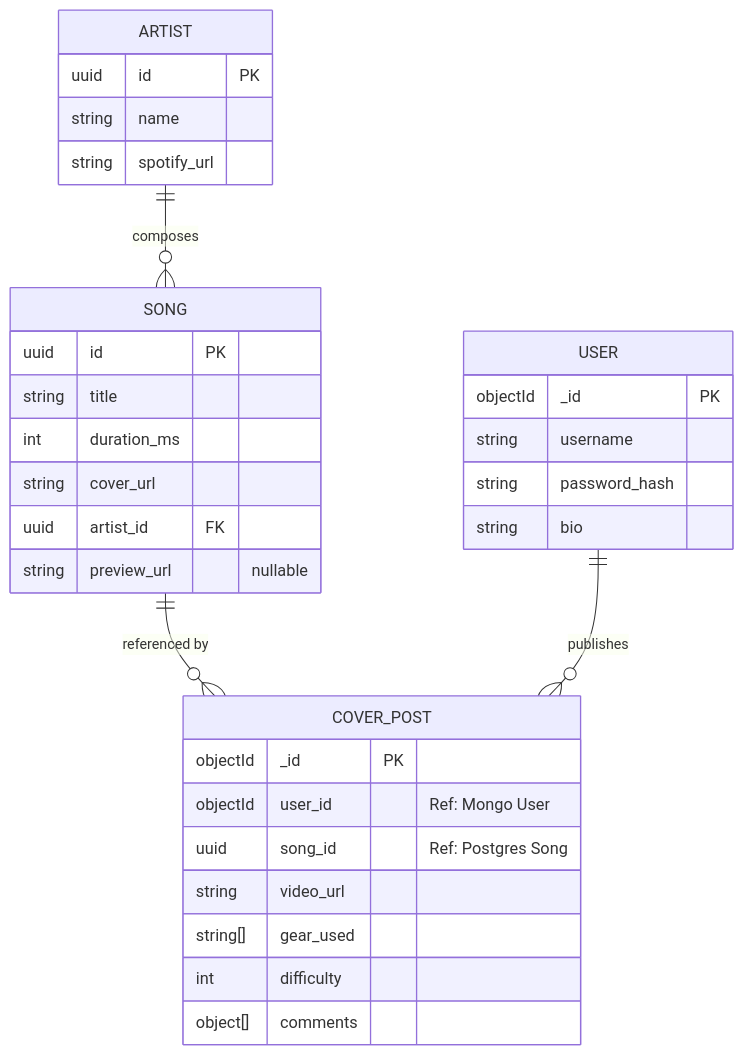
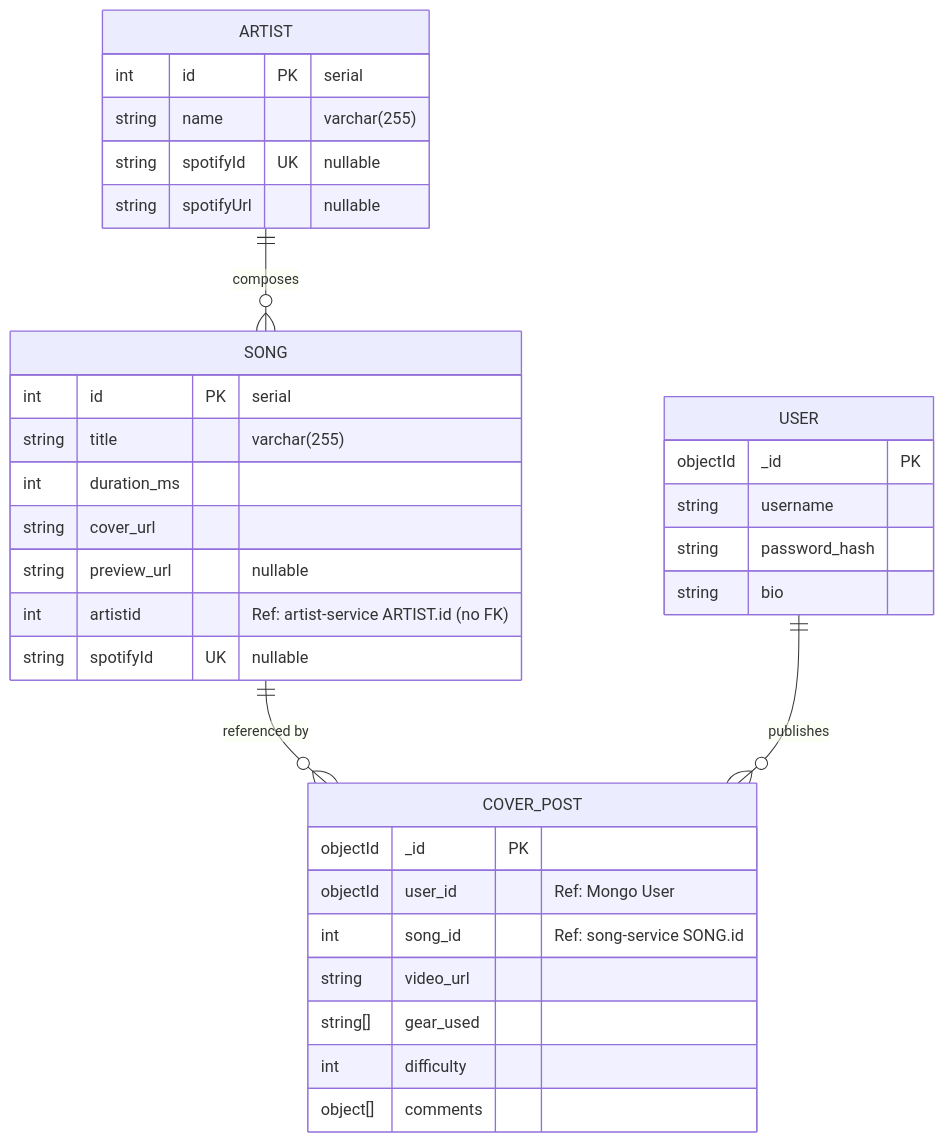
Before and after one commit to Alejandrorr572/rebelway-architecture: the second of 2 diagrams in readme.md, drawn with Mermaid. The commit also changed other lines of this file and 33 other files, not shown here.

````diff
--- a/readme.md
+++ b/readme.md
@@ -68,39 +96,43 @@
 ```mermaid
 erDiagram
-    %% PostgreSQL (Relational & Immutable Domain)
-    ARTIST ||--o{ SONG : "composes"
+    %% PostgreSQL · artist-service database
     ARTIST {
-        uuid id PK
-        string name
-        string spotify_url
+        int id PK "serial"
+        string name "varchar(255)"
+        string spotifyId UK "nullable"
+        string spotifyUrl "nullable"
     }
+
+    %% PostgreSQL · song-service database
     SONG {
-        uuid id PK
-        string title
+        int id PK "serial"
+        string title "varchar(255)"
         int duration_ms
         string cover_url
-        uuid artist_id FK
-        string preview_url  "nullable"
+        string preview_url "nullable"
+        int artistid "Ref: artist-service ARTIST.id (no FK)"
+        string spotifyId UK "nullable"
     }
 
-    %% Polyglot Logical Boundary (Managed by the Backend)
+    %% Logical references across service boundaries (no foreign keys between databases)
+    ARTIST ||--o{ SONG : "composes"
     SONG ||--o{ COVER_POST : "referenced by"
 
     %% MongoDB (Document & Dynamic Domain)
     USER ||--o{ COVER_POST : "publishes"
     USER {
         objectId _id PK
         string username
         string password_hash
         string bio
     }
     COVER_POST {
         objectId _id PK
         objectId user_id "Ref: Mongo User"
-        uuid song_id "Ref: Postgres Song"
+        int song_id "Ref: song-service SONG.id"
         string video_url
         string[] gear_used
         int difficulty
         object[] comments
     }
 ```
````
